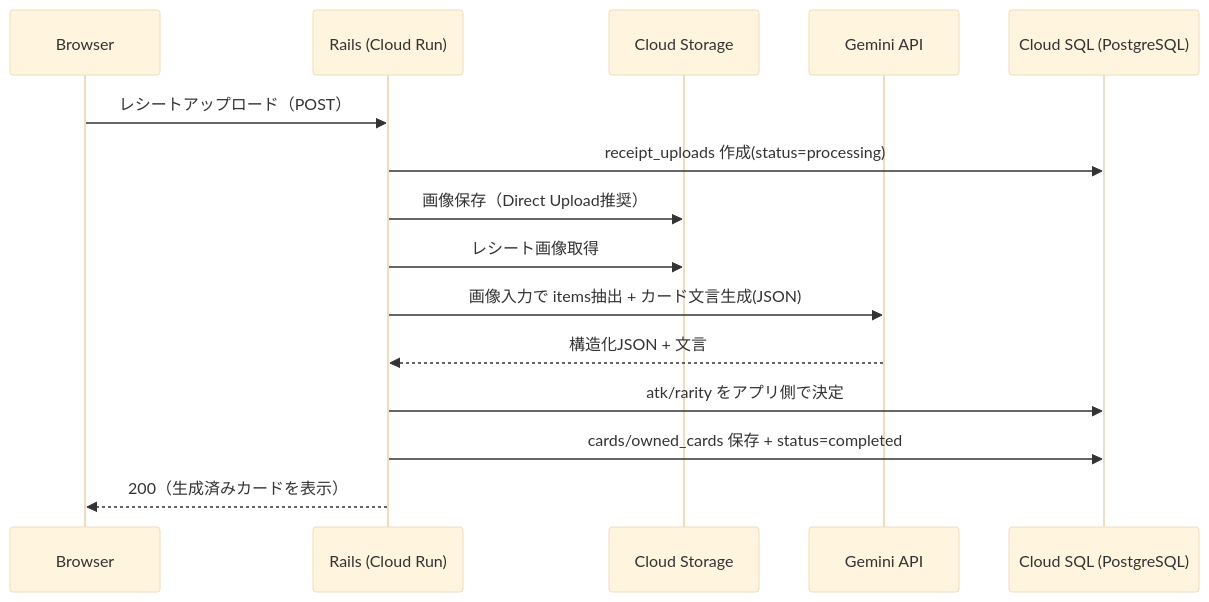
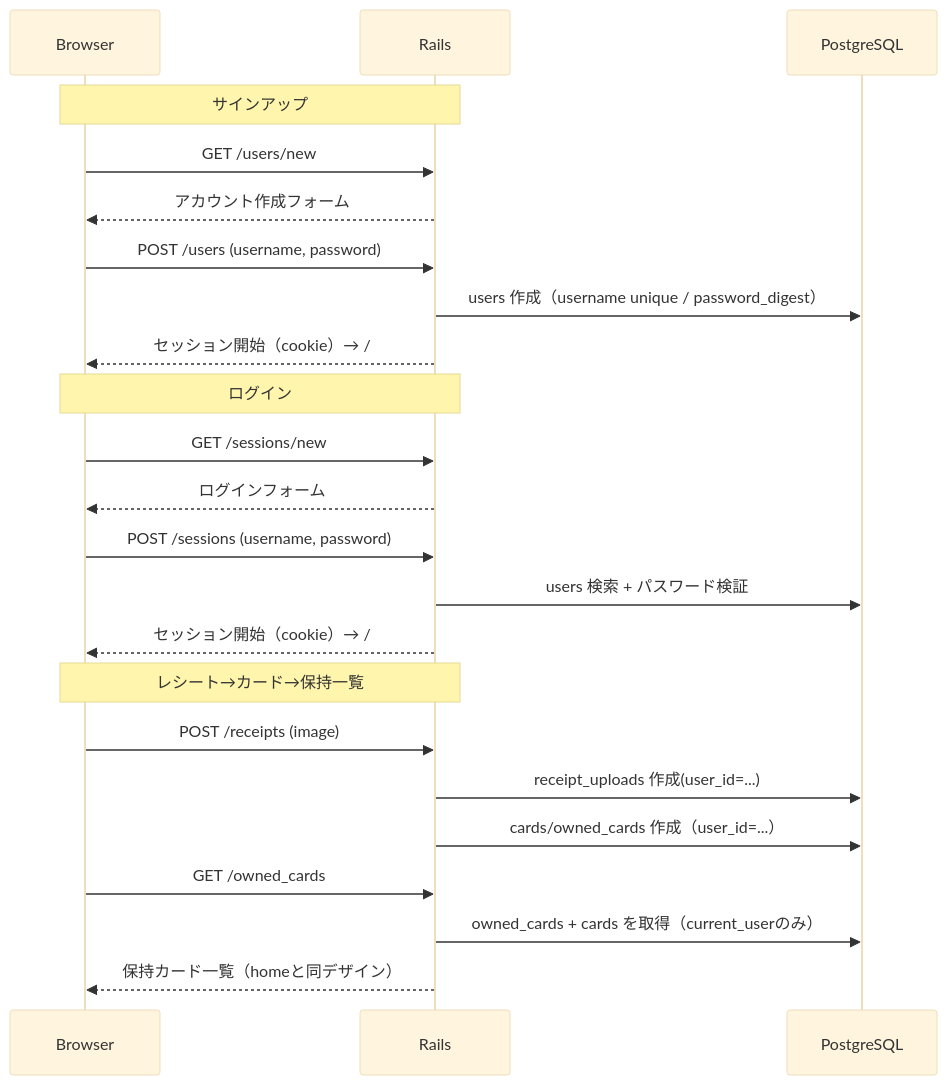
One commit to whitedoor/kami-treasure-battle changed the fifth of 5 diagrams in docs/architecture.md. Above: the diagram before and after it, drawn with Mermaid (base theme). The commit also changed other lines of this file and 24 other files, not shown here.

````diff
--- a/docs/architecture.md
+++ b/docs/architecture.md
@@ -124,18 +146,28 @@
 ```mermaid
 sequenceDiagram
   participant Web as Browser
-  participant Rails as Rails (Cloud Run)
-  participant GCS as Cloud Storage
-  participant GM as Gemini API
-  participant DB as Cloud SQL (PostgreSQL)
+  participant Rails as Rails
+  participant DB as PostgreSQL
 
-  Web->>Rails: レシートアップロード（POST）
-  Rails->>DB: receipt_uploads 作成(status=processing)
-  Rails->>GCS: 画像保存（Direct Upload推奨）
-  Rails->>GCS: レシート画像取得
-  Rails->>GM: 画像入力で items抽出 + カード文言生成(JSON)
-  GM-->>Rails: 構造化JSON + 文言
-  Rails->>DB: atk/rarity をアプリ側で決定
-  Rails->>DB: cards/owned_cards 保存 + status=completed
-  Rails-->>Web: 200（生成済みカードを表示）
+  Note over Web,Rails: サインアップ
+  Web->>Rails: GET /users/new
+  Rails-->>Web: アカウント作成フォーム
+  Web->>Rails: POST /users (username, password)
+  Rails->>DB: users 作成（username unique / password_digest）
+  Rails-->>Web: セッション開始（cookie）→ /
+
+  Note over Web,Rails: ログイン
+  Web->>Rails: GET /sessions/new
+  Rails-->>Web: ログインフォーム
+  Web->>Rails: POST /sessions (username, password)
+  Rails->>DB: users 検索 + パスワード検証
+  Rails-->>Web: セッション開始（cookie）→ /
+
+  Note over Web,Rails: レシート→カード→保持一覧
+  Web->>Rails: POST /receipts (image)
+  Rails->>DB: receipt_uploads 作成(user_id=...)
+  Rails->>DB: cards/owned_cards 作成（user_id=...）
+  Web->>Rails: GET /owned_cards
+  Rails->>DB: owned_cards + cards を取得（current_userのみ）
+  Rails-->>Web: 保持カード一覧（homeと同デザイン）
 ```
````
